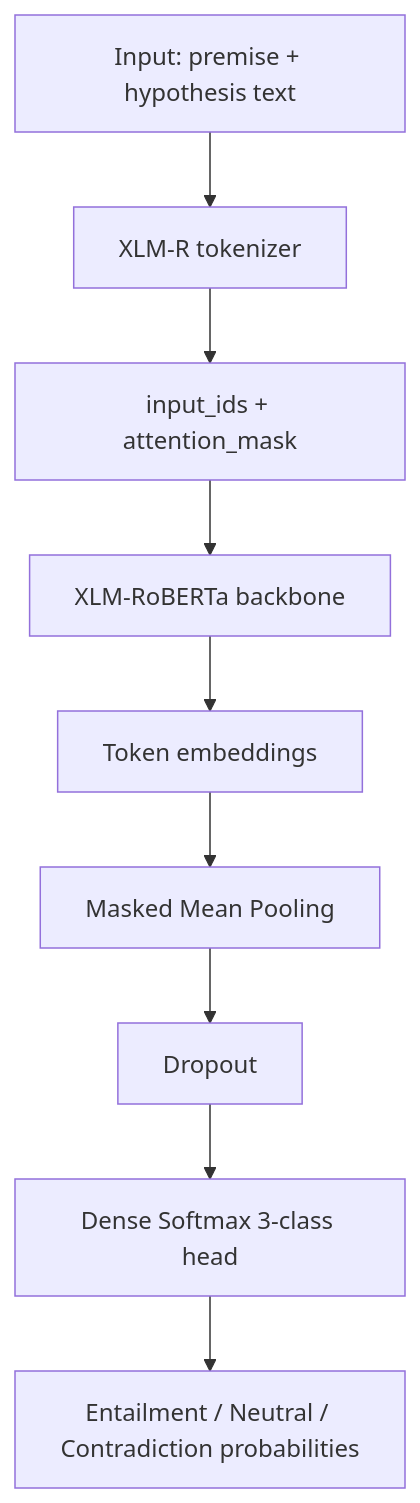
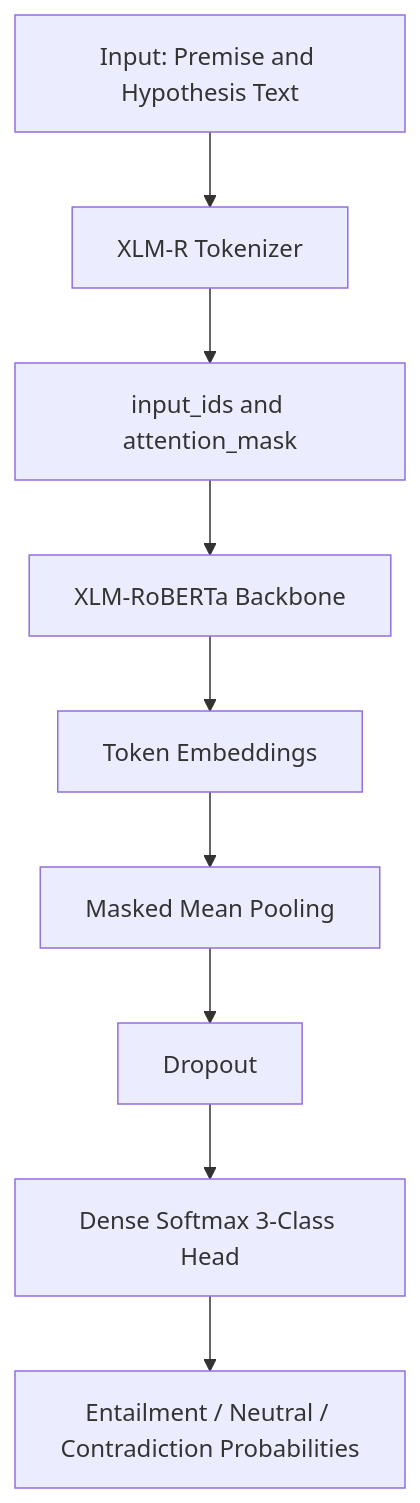
The second of 2 diagrams in README.md (Seventie/Contradictory-My-Dear-Watson), drawn with Mermaid before and after one commit. The commit also changed other lines of this file, not shown here.

First line of the commit message:
Refactor flowcharts and enhance README clarity

````diff
--- a/README.md
+++ b/README.md
@@ -83,11 +84,11 @@
 ```mermaid
-graph TD
-    A[Input: premise + hypothesis text] --> B[XLM-R tokenizer]
-    B --> C[input_ids + attention_mask]
-    C --> D[XLM-RoBERTa backbone]
-    D --> E[Token embeddings]
-    E --> F[Masked Mean Pooling]
-    F --> G[Dropout]
-    G --> H[Dense Softmax 3-class head]
-    H --> I[Entailment / Neutral / Contradiction probabilities]
+flowchart TB
+    M1["Input: Premise and Hypothesis Text"] --> M2["XLM-R Tokenizer"]
+    M2 --> M3["input_ids and attention_mask"]
+    M3 --> M4["XLM-RoBERTa Backbone"]
+    M4 --> M5["Token Embeddings"]
+    M5 --> M6["Masked Mean Pooling"]
+    M6 --> M7["Dropout"]
+    M7 --> M8["Dense Softmax 3-Class Head"]
+    M8 --> M9["Entailment / Neutral / Contradiction Probabilities"]
 ```
````
